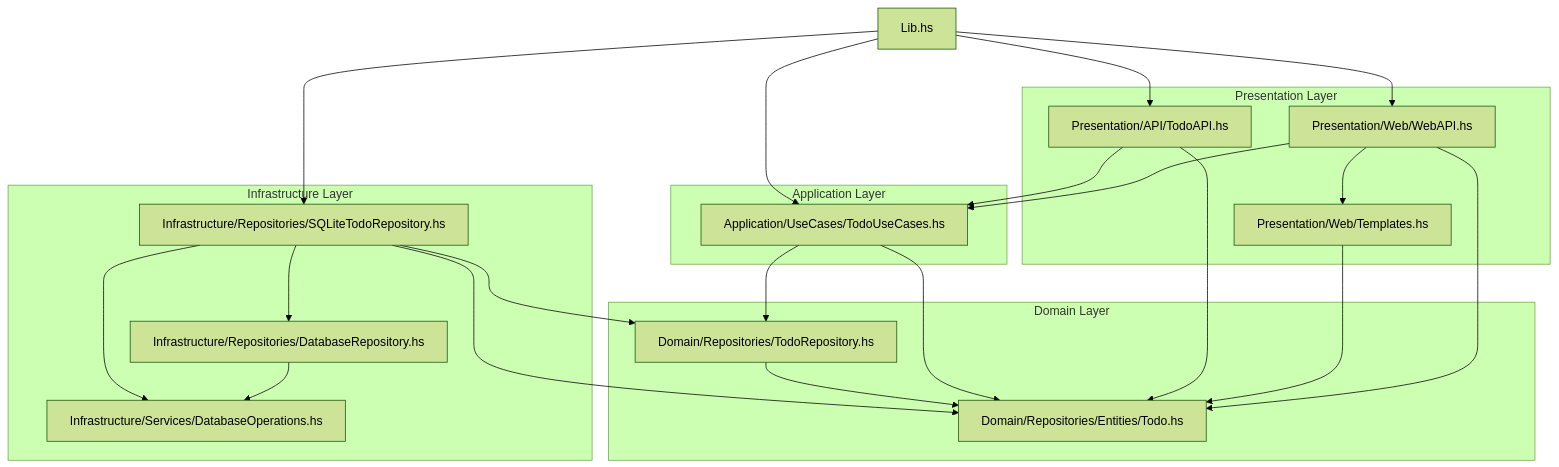
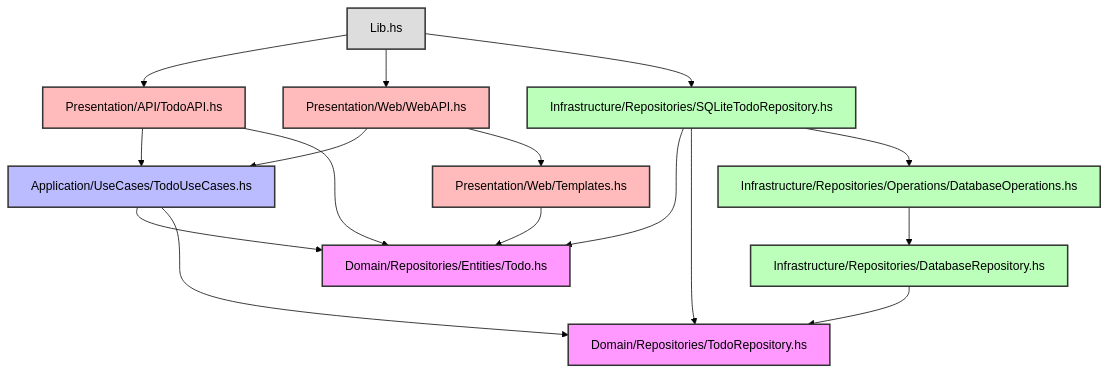
One commit to mingyuchoo/haskell-web-series changed the diagram in servant-t02-todolist/docs/architecture.mmd. Above: the diagram before and after it, drawn with Mermaid (forest theme). The commit also changed 7 other files, not shown here.

Commit message:
Refactor repository structure and move DatabaseOperations to Operations folder

```diff
--- a/servant-t02-todolist/docs/architecture.mmd
+++ b/servant-t02-todolist/docs/architecture.mmd
@@ -1,55 +1,60 @@
 graph TD
     %% Main entry point
     Lib["Lib.hs"]
     
     %% Domain Layer (innermost)
-    subgraph Domain["Domain Layer"]
-        Todo["Domain/Repositories/Entities/Todo.hs"]
-        TodoRepo["Domain/Repositories/TodoRepository.hs"]
-    end
+    DomainTodo["Domain/Repositories/Entities/Todo.hs"]
+    DomainRepo["Domain/Repositories/TodoRepository.hs"]
     
     %% Application Layer
-    subgraph Application["Application Layer"]
-        TodoUseCases["Application/UseCases/TodoUseCases.hs"]
-    end
+    AppUseCases["Application/UseCases/TodoUseCases.hs"]
     
     %% Infrastructure Layer
-    subgraph Infrastructure["Infrastructure Layer"]
-        DatabaseRepo["Infrastructure/Repositories/DatabaseRepository.hs"]
-        SQLiteTodoRepo["Infrastructure/Repositories/SQLiteTodoRepository.hs"]
-        DatabaseOps["Infrastructure/Services/DatabaseOperations.hs"]
-    end
+    InfraDBRepo["Infrastructure/Repositories/DatabaseRepository.hs"]
+    InfraDBOps["Infrastructure/Repositories/Operations/DatabaseOperations.hs"]
+    InfraSQLiteRepo["Infrastructure/Repositories/SQLiteTodoRepository.hs"]
     
     %% Presentation Layer (outermost)
-    subgraph Presentation["Presentation Layer"]
-        TodoAPI["Presentation/API/TodoAPI.hs"]
-        Templates["Presentation/Web/Templates.hs"]
-        WebAPI["Presentation/Web/WebAPI.hs"]
-    end
+    PresentAPI["Presentation/API/TodoAPI.hs"]
+    PresentTemplates["Presentation/Web/Templates.hs"]
+    PresentWebAPI["Presentation/Web/WebAPI.hs"]
     
-    %% Dependencies (pointing inward according to Onion Architecture)
-    TodoRepo --> Todo
+    %% Relationships following Onion Architecture (dependencies point inward)
     
-    TodoUseCases --> TodoRepo
-    TodoUseCases --> Todo
+    %% Domain Layer dependencies (none, it's the innermost layer)
     
-    SQLiteTodoRepo --> TodoRepo
-    SQLiteTodoRepo --> Todo
-    SQLiteTodoRepo --> DatabaseRepo
-    SQLiteTodoRepo --> DatabaseOps
+    %% Application Layer dependencies
+    AppUseCases --> DomainTodo
+    AppUseCases --> DomainRepo
     
-    DatabaseRepo --> DatabaseOps
+    %% Infrastructure Layer dependencies
+    InfraDBRepo --> DomainRepo
+    InfraDBOps --> InfraDBRepo
+    InfraSQLiteRepo --> DomainTodo
+    InfraSQLiteRepo --> DomainRepo
+    InfraSQLiteRepo --> InfraDBOps
     
-    TodoAPI --> TodoUseCases
-    TodoAPI --> Todo
+    %% Presentation Layer dependencies
+    PresentAPI --> AppUseCases
+    PresentAPI --> DomainTodo
+    PresentTemplates --> DomainTodo
+    PresentWebAPI --> AppUseCases
+    PresentWebAPI --> PresentTemplates
     
-    Templates --> Todo
+    %% Main entry point dependencies
+    Lib --> PresentAPI
+    Lib --> PresentWebAPI
+    Lib --> InfraSQLiteRepo
     
-    WebAPI --> TodoUseCases
-    WebAPI --> Templates
-    WebAPI --> Todo
+    %% Style
+    classDef domain fill:#f9f,stroke:#333,stroke-width:2px
+    classDef application fill:#bbf,stroke:#333,stroke-width:2px
+    classDef infrastructure fill:#bfb,stroke:#333,stroke-width:2px
+    classDef presentation fill:#fbb,stroke:#333,stroke-width:2px
+    classDef main fill:#ddd,stroke:#333,stroke-width:2px
     
-    Lib --> TodoAPI
-    Lib --> WebAPI
-    Lib --> SQLiteTodoRepo
-    Lib --> TodoUseCases
+    class DomainTodo,DomainRepo domain
+    class AppUseCases application
+    class InfraDBRepo,InfraDBOps,InfraSQLiteRepo infrastructure
+    class PresentAPI,PresentTemplates,PresentWebAPI presentation
+    class Lib main
```
